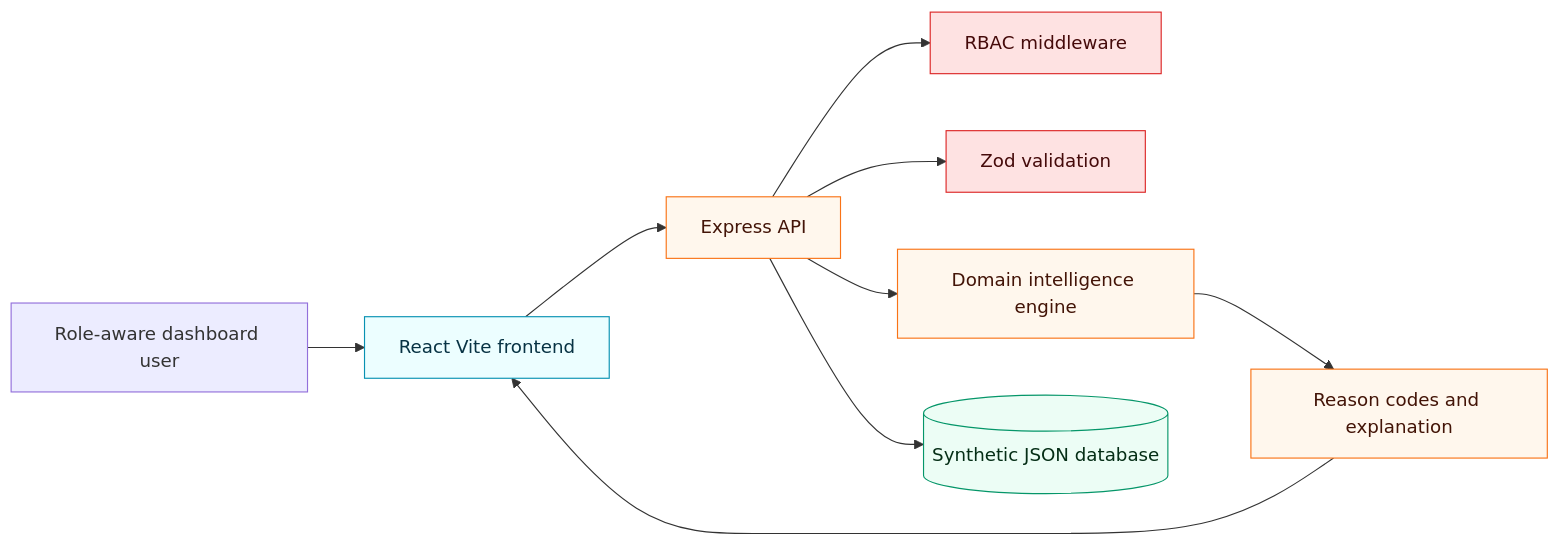
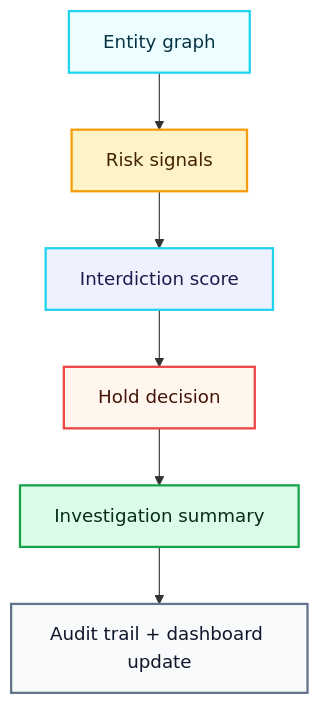
The first of 4 diagrams in docs/DIAGRAMS.md (jprbom/bharat-upi-interdict), drawn with Mermaid before and after one commit. The commit also changed other lines of this file and 6 other files, not shown here.

```diff
--- a/docs/DIAGRAMS.md
+++ b/docs/DIAGRAMS.md
@@ -5,19 +13,15 @@
 ~~~mermaid
-flowchart LR
-  User["Role-aware dashboard user"] --> UI["React Vite frontend"]
-  UI --> API["Express API"]
-  API --> RBAC["RBAC middleware"]
-  API --> VALID["Zod validation"]
-  API --> ENGINE["Domain intelligence engine"]
-  API --> DB[("Synthetic JSON database")]
-  ENGINE --> EXPLAIN["Reason codes and explanation"]
-  EXPLAIN --> UI
-  classDef ui fill:#ecfeff,stroke:#0891b2,color:#083344
-  classDef api fill:#fff7ed,stroke:#f97316,color:#431407
-  classDef sec fill:#fee2e2,stroke:#dc2626,color:#450a0a
-  classDef data fill:#ecfdf5,stroke:#059669,color:#052e16
-  class UI ui
-  class API,ENGINE,EXPLAIN api
-  class RBAC,VALID sec
-  class DB data
+flowchart TD
+  A["Entity graph"]:::start --> B["Risk signals"]:::signal
+  B --> C["Interdiction score"]:::model
+  C --> D["Hold decision"]:::decision
+  D --> E["Investigation summary"]:::output
+  E --> F["Audit trail + dashboard update"]:::audit
+
+  classDef start fill:#ecfeff,stroke:#22d3ee,stroke-width:2px,color:#083344
+  classDef signal fill:#fef3c7,stroke:#f59e0b,stroke-width:2px,color:#422006
+  classDef model fill:#eef2ff,stroke:#22d3ee,stroke-width:2px,color:#1e1b4b
+  classDef decision fill:#fff7ed,stroke:#ef4444,stroke-width:2px,color:#431407
+  classDef output fill:#dcfce7,stroke:#16a34a,stroke-width:2px,color:#052e16
+  classDef audit fill:#f8fafc,stroke:#64748b,stroke-width:2px,color:#0f172a
 ~~~
```
